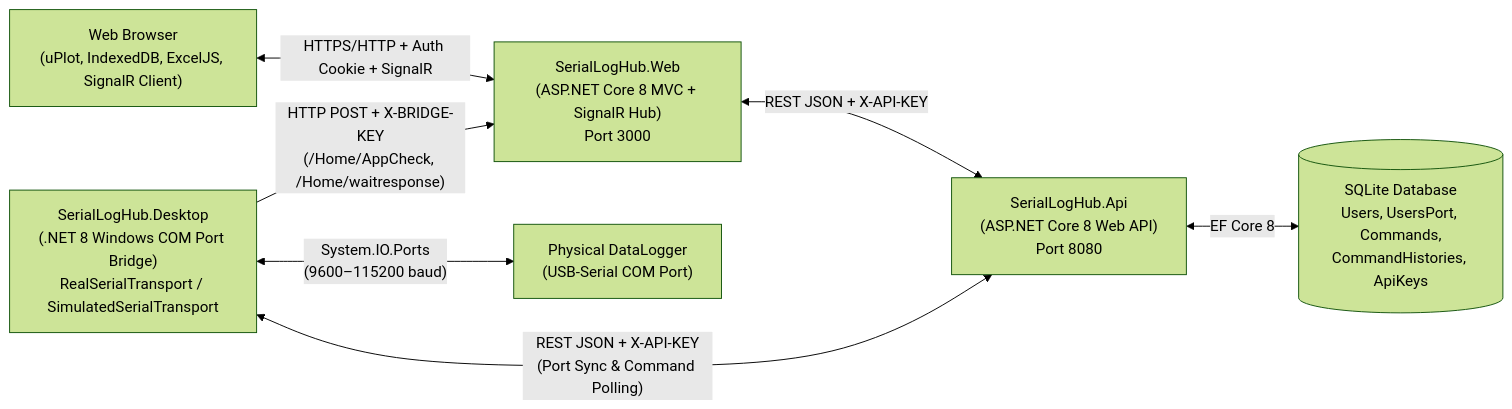
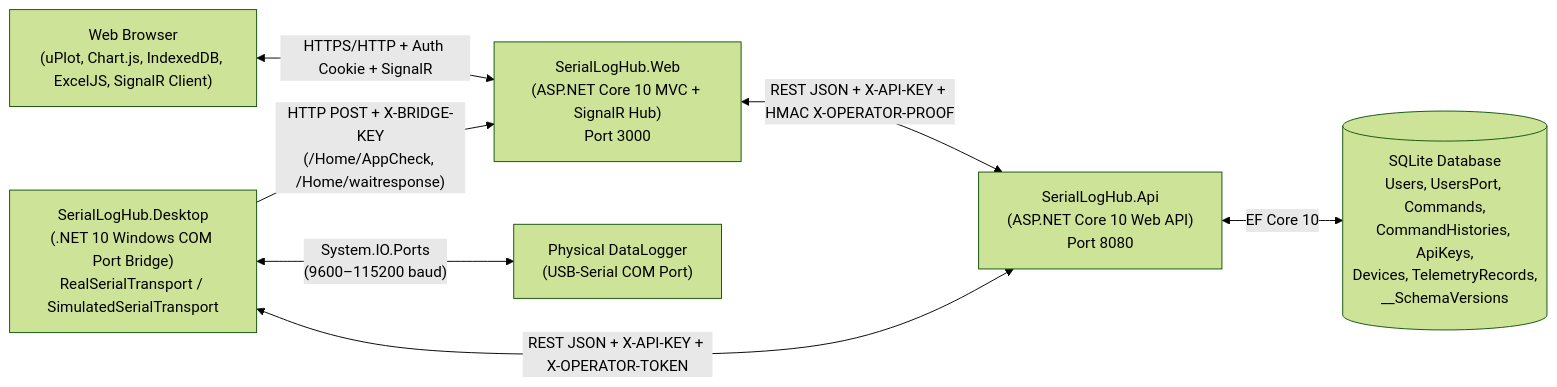
The first of 3 diagrams in docs/architecture/ARCHITECTURE.md (Abuluc/seriallog-hub), drawn with Mermaid (forest theme) before and after one commit. The commit also changed other lines of this file and 18 other files, not shown here.

````diff
--- a/docs/architecture/ARCHITECTURE.md
+++ b/docs/architecture/ARCHITECTURE.md
@@ -7,16 +7,16 @@
 ```mermaid
 flowchart LR
-    Browser["Web Browser\n(uPlot, IndexedDB, ExcelJS, SignalR Client)"]
-    Web["SerialLogHub.Web\n(ASP.NET Core 8 MVC + SignalR Hub)\nPort 3000"]
-    API["SerialLogHub.Api\n(ASP.NET Core 8 Web API)\nPort 8080"]
-    DB[("SQLite Database\nUsers, UsersPort, Commands,\nCommandHistories, ApiKeys")]
-    Desktop["SerialLogHub.Desktop\n(.NET 8 Windows COM Port Bridge)\nRealSerialTransport / SimulatedSerialTransport"]
+    Browser["Web Browser\n(uPlot, Chart.js, IndexedDB, ExcelJS, SignalR Client)"]
+    Web["SerialLogHub.Web\n(ASP.NET Core 10 MVC + SignalR Hub)\nPort 3000"]
+    API["SerialLogHub.Api\n(ASP.NET Core 10 Web API)\nPort 8080"]
+    DB[("SQLite Database\nUsers, UsersPort, Commands,\nCommandHistories, ApiKeys,\nDevices, TelemetryRecords,\n__SchemaVersions")]
+    Desktop["SerialLogHub.Desktop\n(.NET 10 Windows COM Port Bridge)\nRealSerialTransport / SimulatedSerialTransport"]
     HW["Physical DataLogger\n(USB-Serial COM Port)"]
 
     Browser <-->|"HTTPS/HTTP + Auth Cookie + SignalR"| Web
-    Web <-->|"REST JSON + X-API-KEY"| API
-    API <-->|"EF Core 8"| DB
-    Desktop <-->|"REST JSON + X-API-KEY\n(Port Sync & Command Polling)"| API
+    Web <-->|"REST JSON + X-API-KEY + HMAC X-OPERATOR-PROOF"| API
+    API <-->|"EF Core 10"| DB
+    Desktop <-->|"REST JSON + X-API-KEY + X-OPERATOR-TOKEN"| API
     Desktop -->|"HTTP POST + X-BRIDGE-KEY\n(/Home/AppCheck, /Home/waitresponse)"| Web
     Desktop <-->|"System.IO.Ports\n(9600–115200 baud)"| HW
 ```
````
